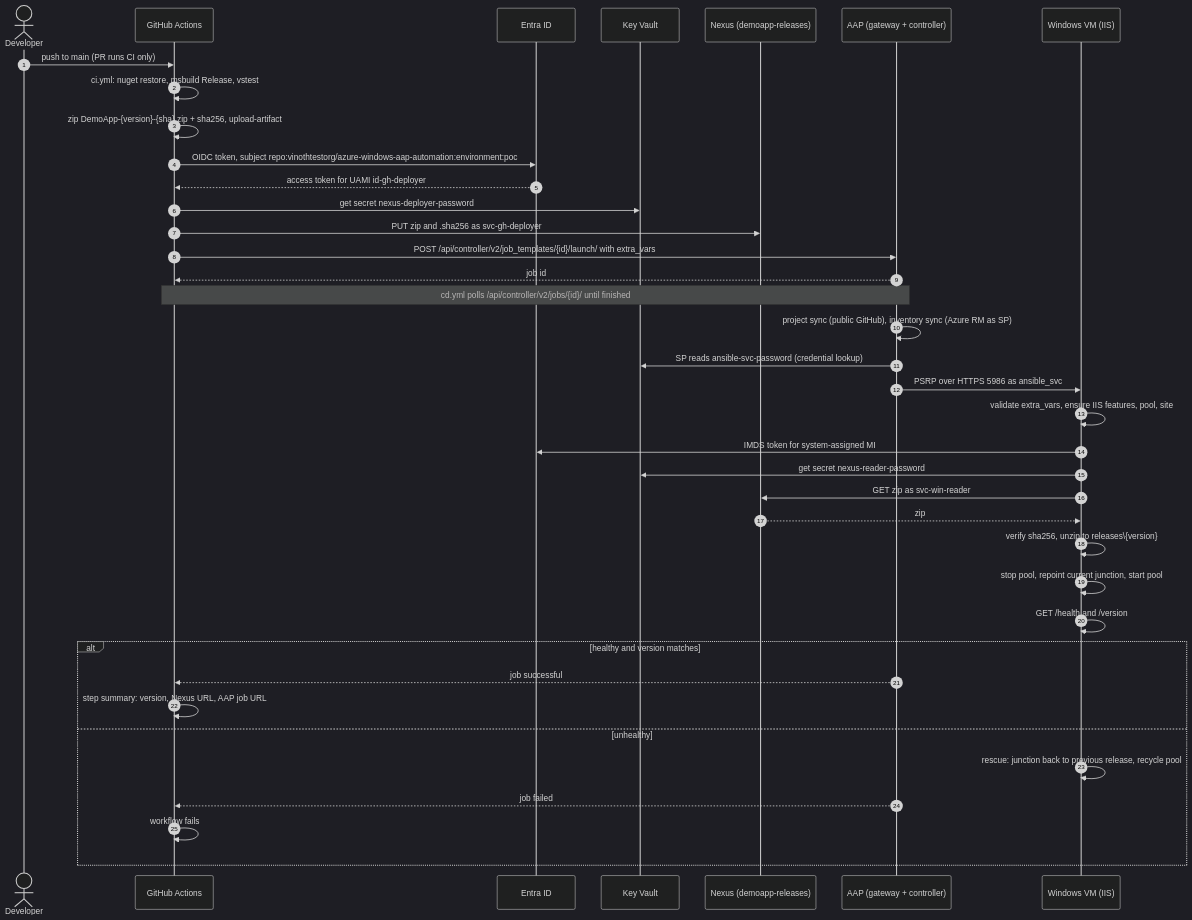
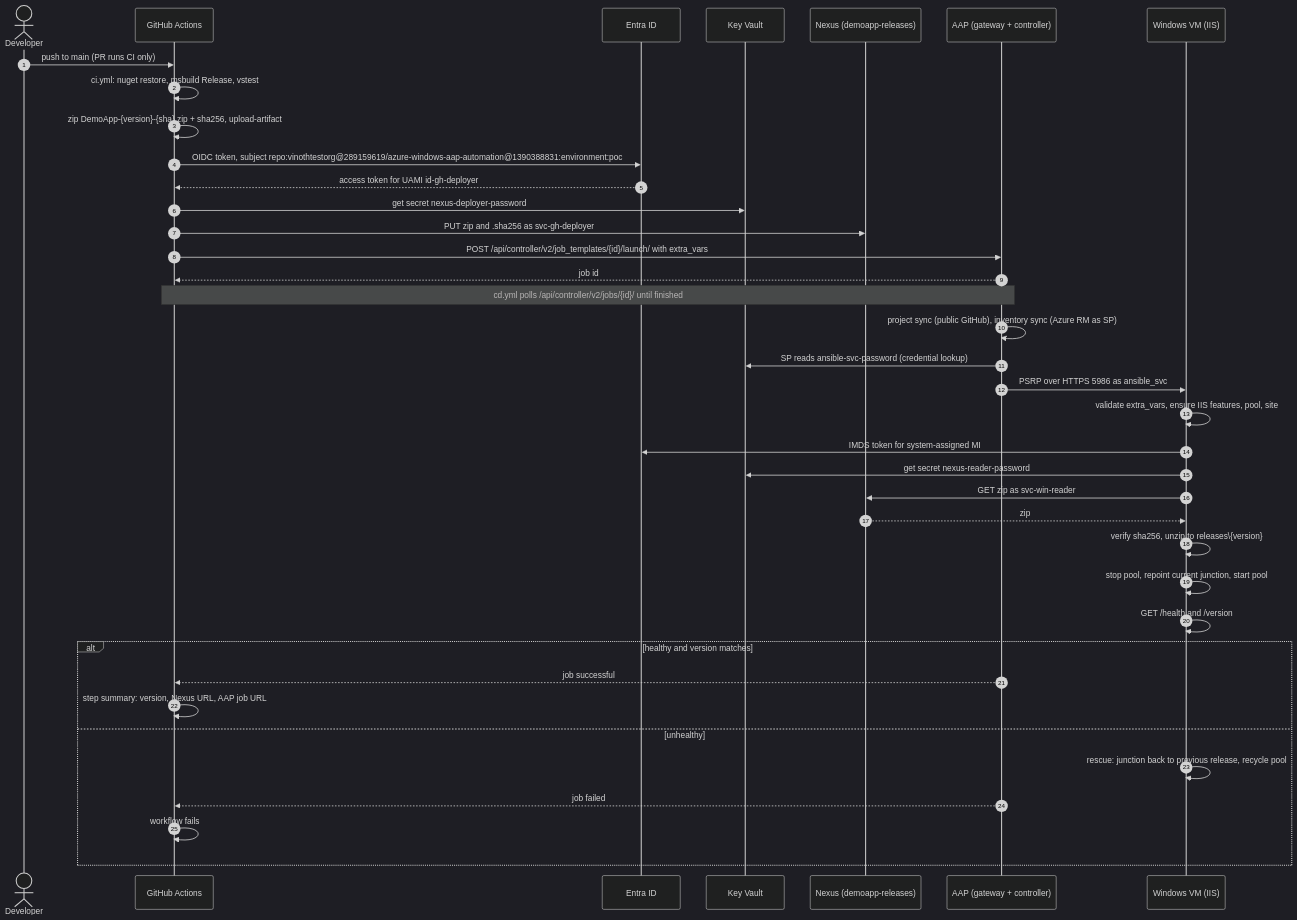
Before and after one commit to vinothtestorg/azure-windows-aap-automation: the third of 5 diagrams in docs/HLD.md, drawn with Mermaid (dark theme). The commit also changed other lines of this file and 3 other files, not shown here.

````diff
--- a/docs/HLD.md
+++ b/docs/HLD.md
@@ -324,41 +324,41 @@
 ```mermaid
 sequenceDiagram
   autonumber
   actor Dev as Developer
   participant GH as GitHub Actions
   participant Entra as Entra ID
   participant KV as Key Vault
   participant NX as Nexus (demoapp-releases)
   participant AAP as AAP (gateway + controller)
   participant VM as Windows VM (IIS)
 
   Dev->>GH: push to main (PR runs CI only)
   GH->>GH: ci.yml: nuget restore, msbuild Release, vstest
   GH->>GH: zip DemoApp-{version}-{sha}.zip + sha256, upload-artifact
-  GH->>Entra: OIDC token, subject repo:vinothtestorg/azure-windows-aap-automation:environment:poc
+  GH->>Entra: OIDC token, subject repo:vinothtestorg@289159619/azure-windows-aap-automation@1390388831:environment:poc
   Entra-->>GH: access token for UAMI id-gh-deployer
   GH->>KV: get secret nexus-deployer-password
   GH->>NX: PUT zip and .sha256 as svc-gh-deployer
   GH->>AAP: POST /api/controller/v2/job_templates/{id}/launch/ with extra_vars
   AAP-->>GH: job id
   Note over GH,AAP: cd.yml polls /api/controller/v2/jobs/{id}/ until finished
   AAP->>AAP: project sync (public GitHub), inventory sync (Azure RM as SP)
   AAP->>KV: SP reads ansible-svc-password (credential lookup)
   AAP->>VM: PSRP over HTTPS 5986 as ansible_svc
   VM->>VM: validate extra_vars, ensure IIS features, pool, site
   VM->>Entra: IMDS token for system-assigned MI
   VM->>KV: get secret nexus-reader-password
   VM->>NX: GET zip as svc-win-reader
   NX-->>VM: zip
   VM->>VM: verify sha256, unzip to releases\{version}
   VM->>VM: stop pool, repoint current junction, start pool
   VM->>VM: GET /health and /version
   alt healthy and version matches
     AAP-->>GH: job successful
     GH->>GH: step summary: version, Nexus URL, AAP job URL
   else unhealthy
     VM->>VM: rescue: junction back to previous release, recycle pool
     AAP-->>GH: job failed
     GH->>GH: workflow fails
   end
 ```
````
